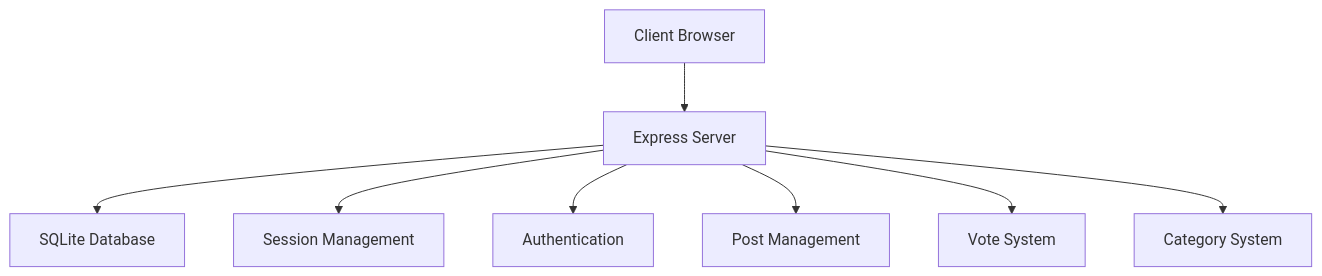
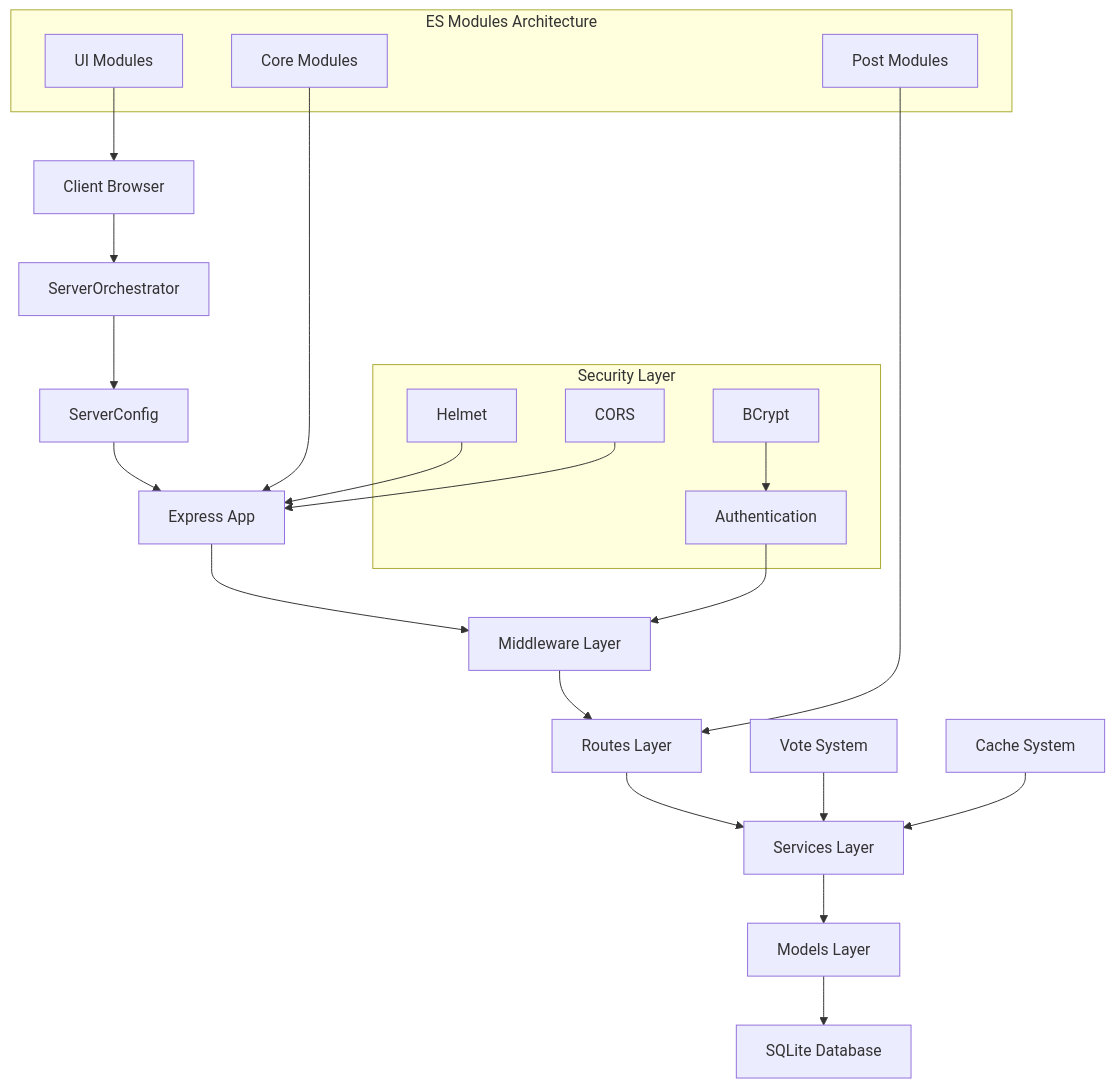
Before and after one commit to guiiireg/forum: the first of 8 diagrams in docs/architecture.md, drawn with Mermaid. The commit also changed other lines of this file, not shown here.

Commit message:
[UPDATE]: Revise architecture documentation to reflect modernized structure, enhance authentication and voting flows, and improve module organization with detailed diagrams and descriptions.

````diff
--- a/docs/architecture.md
+++ b/docs/architecture.md
@@ -4,10 +4,35 @@
 ```mermaid
 graph TD
-    A[Client Browser] --> B[Express Server]
-    B --> C[SQLite Database]
-    B --> D[Session Management]
-    B --> E[Authentication]
-    B --> F[Post Management]
-    B --> G[Vote System]
-    B --> H[Category System]
+    A[Client Browser] --> B[ServerOrchestrator]
+    B --> C[ServerConfig]
+    C --> D[Express App]
+    D --> E[Middleware Layer]
+    E --> F[Routes Layer]
+    F --> G[Services Layer]
+    G --> H[Models Layer]
+    H --> I[SQLite Database]
+    
+    J[Core Modules] --> D
+    K[Post Modules] --> F
+    L[UI Modules] --> A
+    M[Authentication] --> E
+    N[Vote System] --> G
+    O[Cache System] --> G
+    
+    subgraph "ES Modules Architecture"
+        J
+        K
+        L
+    end
+    
+    subgraph "Security Layer"
+        M
+        P[Helmet]
+        Q[CORS]
+        R[BCrypt]
+    end
+    
+    P --> D
+    Q --> D
+    R --> M
 ```
````
